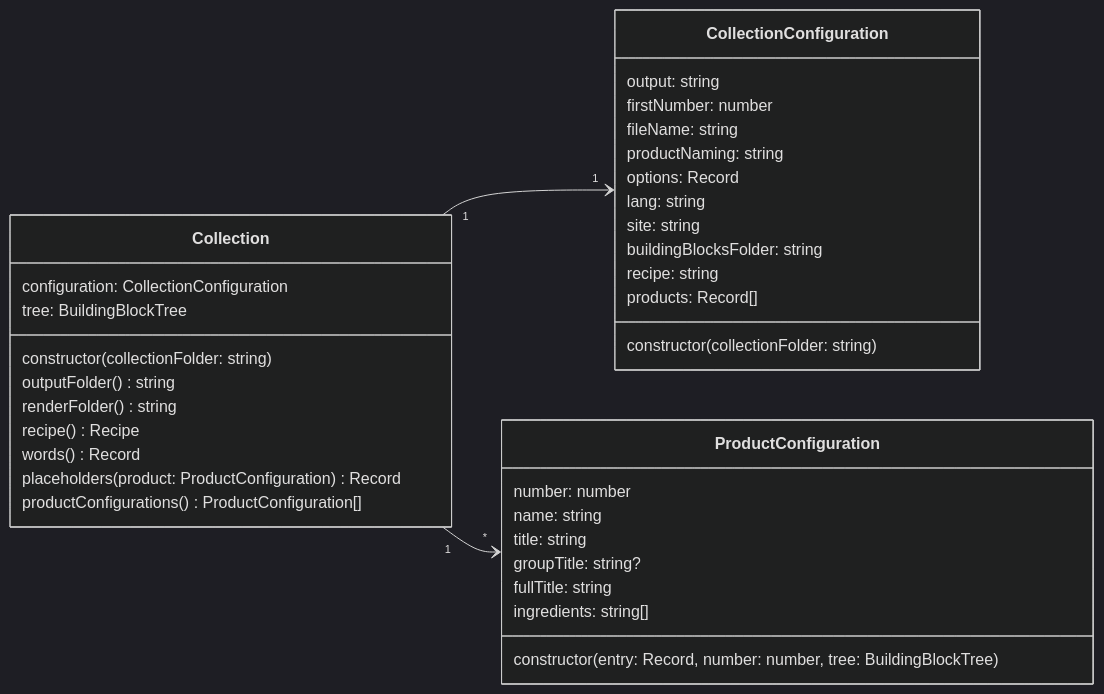
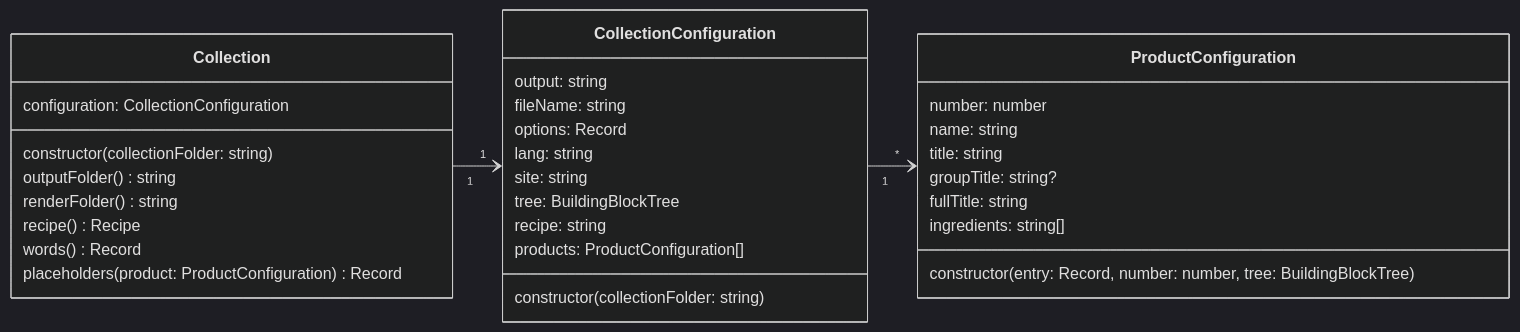
The fourth of 6 diagrams in DESIGN.md (matthiasbaitsch/quarto-loi-moi), drawn with Mermaid (dark theme) before and after one commit. The commit also changed 5 other files, not shown here.

Commit message:
Product configurations made by CollectionConfiguration, errors when it is created

````diff
--- a/DESIGN.md
+++ b/DESIGN.md
@@ -193,39 +193,35 @@
 ```mermaid
 classDiagram
   direction LR
   Collection "1" --> "1" CollectionConfiguration
-  Collection "1" --> "*" ProductConfiguration
+  CollectionConfiguration "1" --> "*" ProductConfiguration
   class Collection {
     configuration: CollectionConfiguration
-    tree: BuildingBlockTree
     constructor(collectionFolder: string)
     outputFolder() string
     renderFolder() string
     recipe() Recipe
     words() Record
     placeholders(product: ProductConfiguration) Record
-    productConfigurations() ProductConfiguration[]
   }
   class CollectionConfiguration {
     output: string
-    firstNumber: number
     fileName: string
-    productNaming: string
     options: Record
     lang: string
     site: string
-    buildingBlocksFolder: string
+    tree: BuildingBlockTree
     recipe: string
-    products: Record[]
+    products: ProductConfiguration[]
     constructor(collectionFolder: string)
   }
   class ProductConfiguration {
     number: number
     name: string
     title: string
     groupTitle: string?
     fullTitle: string
     ingredients: string[]
     constructor(entry: Record, number: number, tree: BuildingBlockTree)
   }
 ```
````
